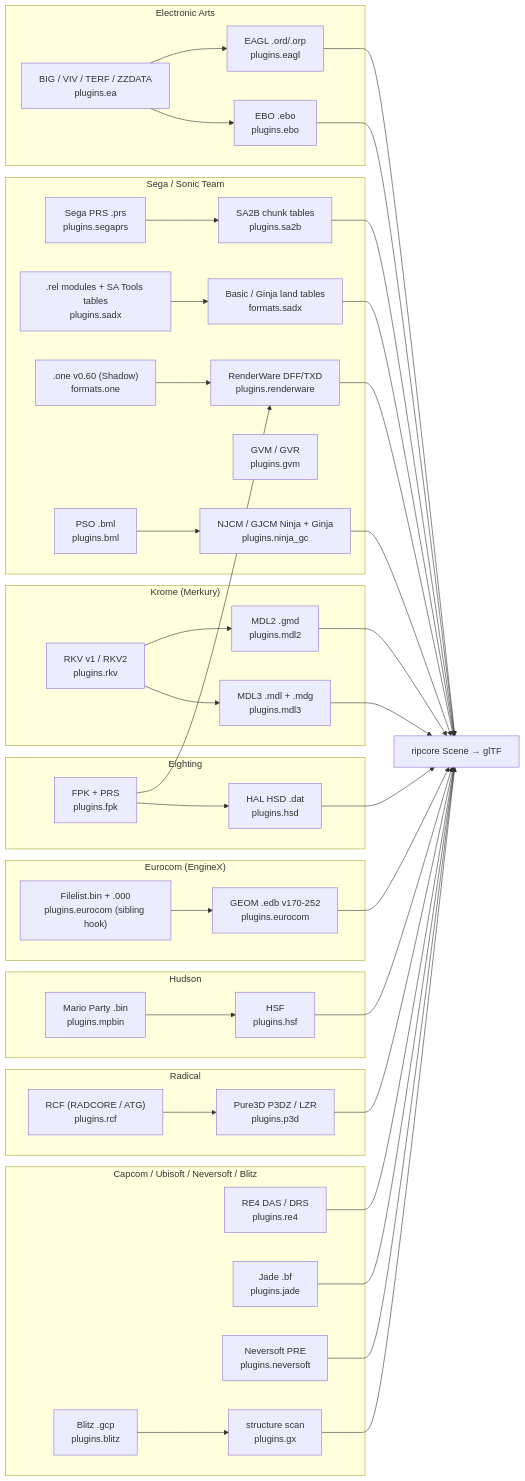
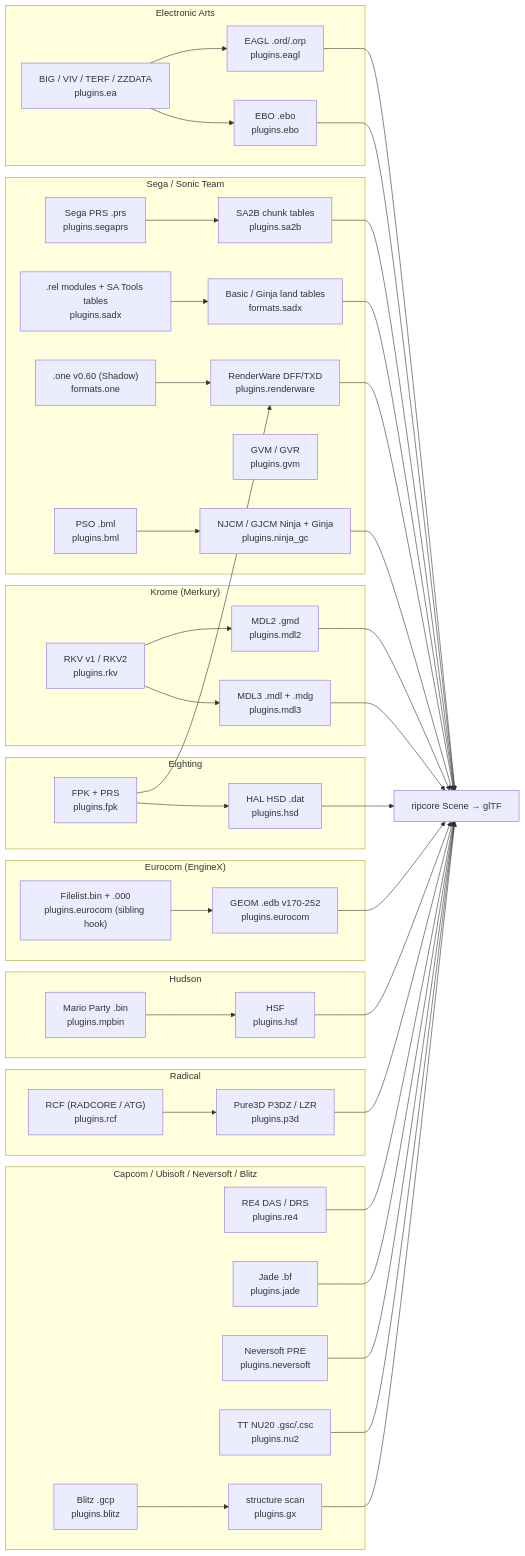
The eighth of 9 diagrams in docs/PIPELINE.md (Felbs/3d-ripper-9000), drawn with Mermaid before and after one commit. The commit also changed other lines of this file and 5 other files, not shown here.

First line of the commit message:
gcrip nu2: Traveller's Tales NU2 vertex stream (LEGO Star Wars .gsc/.csc, Bionicle Heroes .csc) - strip blocks with f32 xyz+nz, s16 uv+nxny, RGBA colours; untextured for now

````diff
--- a/docs/PIPELINE.md
+++ b/docs/PIPELINE.md
@@ -173,38 +173,39 @@
 ```mermaid
 flowchart LR
     subgraph EA["Electronic Arts"]
         BIG["BIG / VIV / TERF / ZZDATA<br/>plugins.ea"] --> EAGL["EAGL .ord/.orp<br/>plugins.eagl"]
         BIG --> EBO["EBO .ebo<br/>plugins.ebo"]
     end
     subgraph SEGA["Sega / Sonic Team"]
         PRS["Sega PRS .prs<br/>plugins.segaprs"] --> SA2B["SA2B chunk tables<br/>plugins.sa2b"]
         ONE[".one v0.60 (Shadow)<br/>formats.one"] --> RW["RenderWare DFF/TXD<br/>plugins.renderware"]
         BML["PSO .bml<br/>plugins.bml"] --> NJ["NJCM / GJCM Ninja + Ginja<br/>plugins.ninja_gc"]
         GVM["GVM / GVR<br/>plugins.gvm"]
         REL[".rel modules + SA Tools tables<br/>plugins.sadx"] --> SADX["Basic / Ginja land tables<br/>formats.sadx"]
     end
     subgraph KROME["Krome (Merkury)"]
         RKV["RKV v1 / RKV2<br/>plugins.rkv"] --> MDL2["MDL2 .gmd<br/>plugins.mdl2"]
         RKV --> MDL3["MDL3 .mdl + .mdg<br/>plugins.mdl3"]
     end
     subgraph EIGHT["Eighting"]
         FPK["FPK + PRS<br/>plugins.fpk"] --> HSD["HAL HSD .dat<br/>plugins.hsd"]
         FPK --> RW
     end
     subgraph EURO["Eurocom (EngineX)"]
         FL["Filelist.bin + .000<br/>plugins.eurocom (sibling hook)"] --> EDB["GEOM .edb v170-252<br/>plugins.eurocom"]
     end
     subgraph HUDSON["Hudson"]
         MPB["Mario Party .bin<br/>plugins.mpbin"] --> HSF["HSF<br/>plugins.hsf"]
     end
     subgraph RADICAL["Radical"]
         RCF["RCF (RADCORE / ATG)<br/>plugins.rcf"] --> P3D["Pure3D P3DZ / LZR<br/>plugins.p3d"]
     end
     subgraph OTHER["Capcom / Ubisoft / Neversoft / Blitz"]
         DAS["RE4 DAS / DRS<br/>plugins.re4"]
         BF["Jade .bf<br/>plugins.jade"]
         PRE["Neversoft PRE<br/>plugins.neversoft"]
         GCP["Blitz .gcp<br/>plugins.blitz"] --> GX["structure scan<br/>plugins.gx"]
+        NU2["TT NU20 .gsc/.csc<br/>plugins.nu2"]
     end
-    EAGL & EBO & SA2B & SADX & RW & NJ & MDL2 & MDL3 & HSD & EDB & HSF & P3D & DAS & BF & PRE & GX --> SCENE["ripcore Scene → glTF"]
+    EAGL & EBO & SA2B & SADX & RW & NJ & MDL2 & MDL3 & HSD & EDB & HSF & P3D & DAS & BF & PRE & NU2 & GX --> SCENE["ripcore Scene → glTF"]
 ```
````
